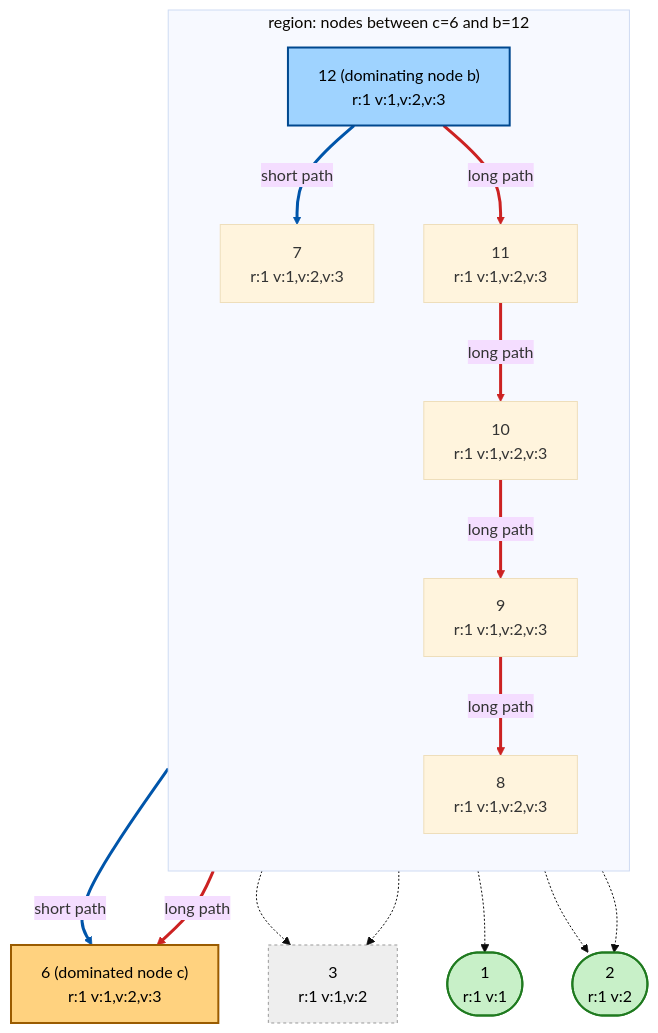
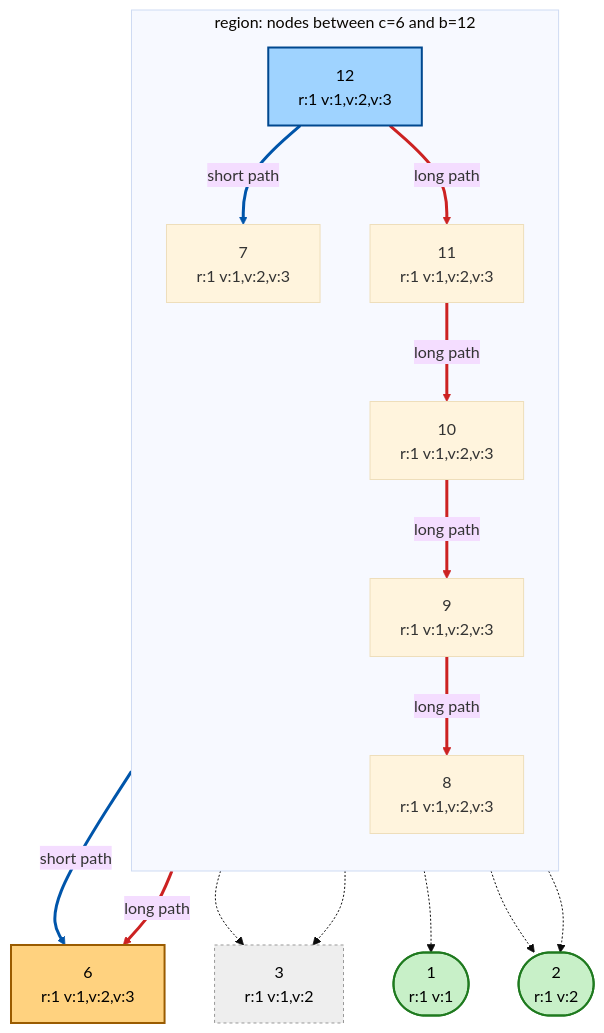
Before and after one commit to brianguenter/FastDifferentiation.jl: the fifth of 6 diagrams in ALGORITHM_EXPLAINED.md, drawn with Mermaid (base theme). The commit also changed other lines of this file, not shown here.

First line of the commit message:
Rework the [2,7] step diagrams to match the main graph's layout and box style

````diff
--- a/ALGORITHM_EXPLAINED.md
+++ b/ALGORITHM_EXPLAINED.md
@@ -353,41 +444,41 @@
 ```mermaid
 graph TD
     subgraph SG["region: nodes between c=6 and b=12"]
         direction TB
-        n12z["12 (dominating node b)<br/>r:1 v:1,v:2,v:3"]:::reconverge
+        n12z["12<br/>r:1 v:1,v:2,v:3"]:::reconverge
         n7z["7<br/>r:1 v:1,v:2,v:3"]
         n8z["8<br/>r:1 v:1,v:2,v:3"]
         n9z["9<br/>r:1 v:1,v:2,v:3"]
         n10z["10<br/>r:1 v:1,v:2,v:3"]
         n11z["11<br/>r:1 v:1,v:2,v:3"]
     end
-    n6z["6 (dominated node c)<br/>r:1 v:1,v:2,v:3"]:::shared
+    n6z["6<br/>r:1 v:1,v:2,v:3"]:::shared
     n3z["3<br/>r:1 v:1,v:2"]:::outside
     n2z(["2<br/>r:1 v:2"]):::var
     n1z(["1<br/>r:1 v:1"]):::var
 
     n12z ==>|"short path"| n7z
     n7z ==>|"short path"| n6z
     n7z -.-> n3z
     n12z ==>|"long path"| n11z
     n11z ==>|"long path"| n10z
     n11z -.-> n1z
     n10z ==>|"long path"| n9z
     n10z -.-> n2z
     n9z ==>|"long path"| n8z
     n9z -.-> n3z
     n8z ==>|"long path"| n6z
     n8z -.-> n2z
 
     classDef shared fill:#ffd27f,stroke:#9a5b00,stroke-width:2px,color:#000000
     classDef reconverge fill:#9fd3ff,stroke:#00488f,stroke-width:2px,color:#000000
     classDef outside fill:#eeeeee,stroke:#999999,stroke-dasharray: 3 3,color:#000000
     classDef var fill:#c8f0c8,stroke:#1f7a1f,stroke-width:2px,color:#000000
     linkStyle 0 stroke:#0055aa,stroke-width:3px
     linkStyle 1 stroke:#0055aa,stroke-width:3px
     linkStyle 3 stroke:#cc2222,stroke-width:3px
     linkStyle 4 stroke:#cc2222,stroke-width:3px
     linkStyle 6 stroke:#cc2222,stroke-width:3px
     linkStyle 8 stroke:#cc2222,stroke-width:3px
     linkStyle 10 stroke:#cc2222,stroke-width:3px
 ```
````
